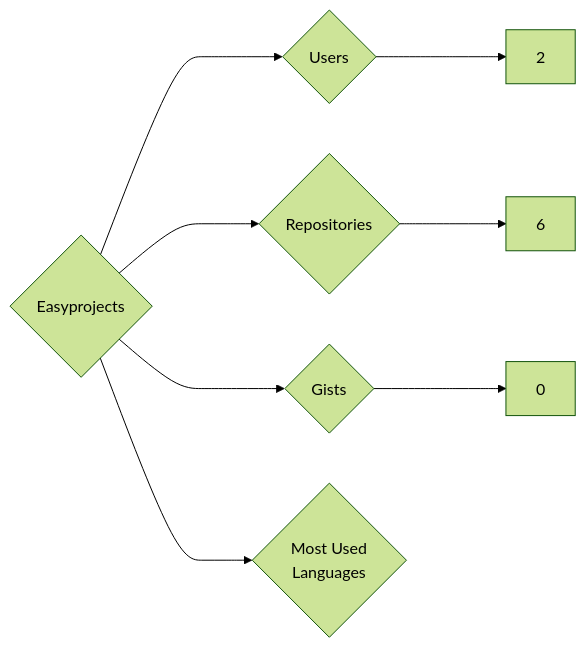
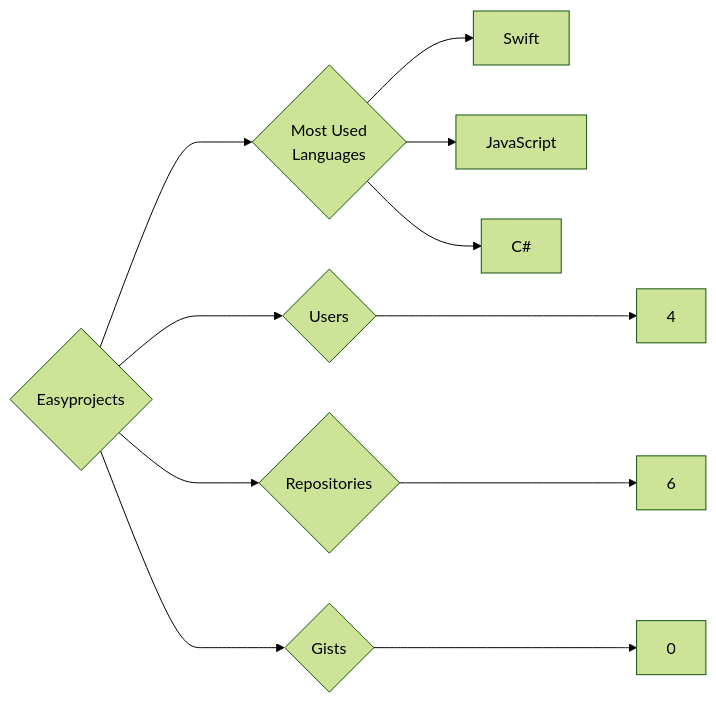
One commit to trickest/insiders changed the diagram in targets/Easyprojects/README.md. Above: the diagram before and after it, drawn with Mermaid (forest theme). The commit also changed 1120 other files, not shown here.

````diff
--- a/targets/Easyprojects/README.md
+++ b/targets/Easyprojects/README.md
@@ -3,8 +3,11 @@
 ```mermaid
 graph LR
 COMPANY_NAME{Easyprojects}
-COMPANY_NAME ---> U{Users} ---> UN[2]
+COMPANY_NAME ---> U{Users} ---> UN[4]
 COMPANY_NAME ---> R{Repositories} ---> RN[6]
 COMPANY_NAME ---> G{Gists} ---> GN[0]
 COMPANY_NAME ---> ML{Most Used<br>Languages}
+ML --> Swift[Swift]
+ML --> JavaScript[JavaScript]
+ML --> C#[C#]
 ```
````
